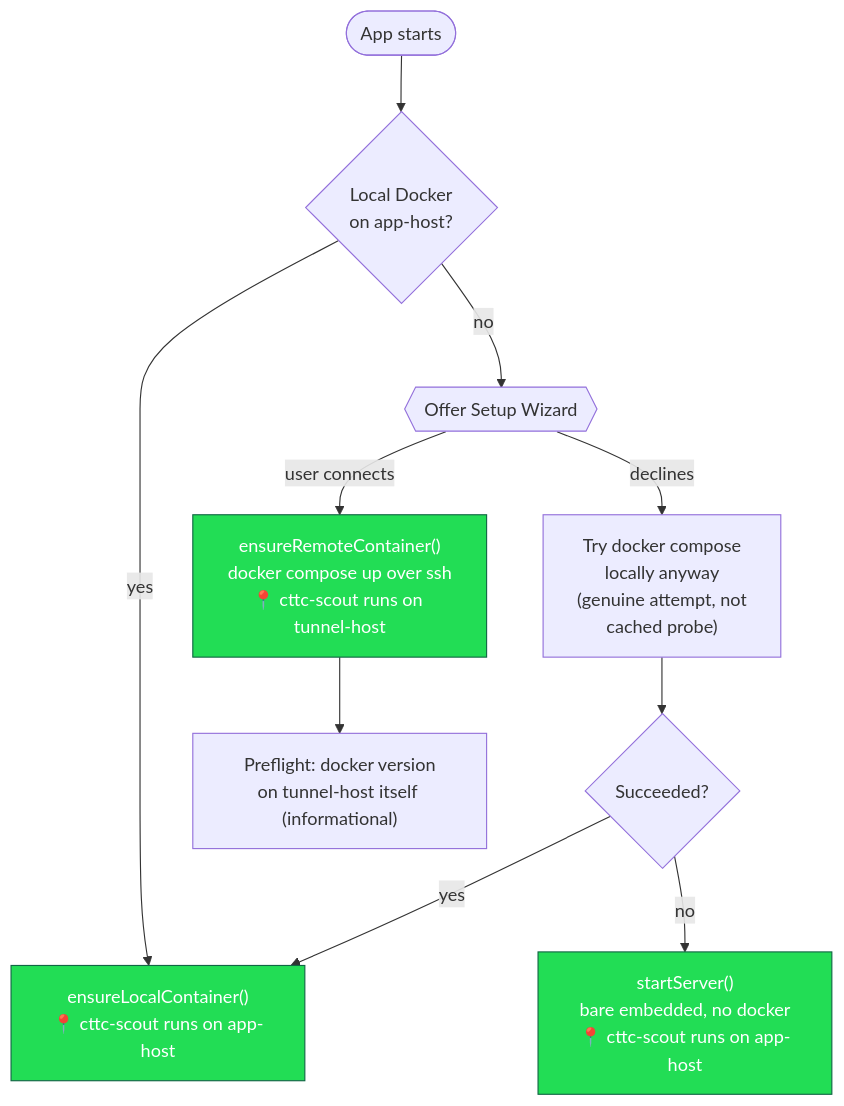
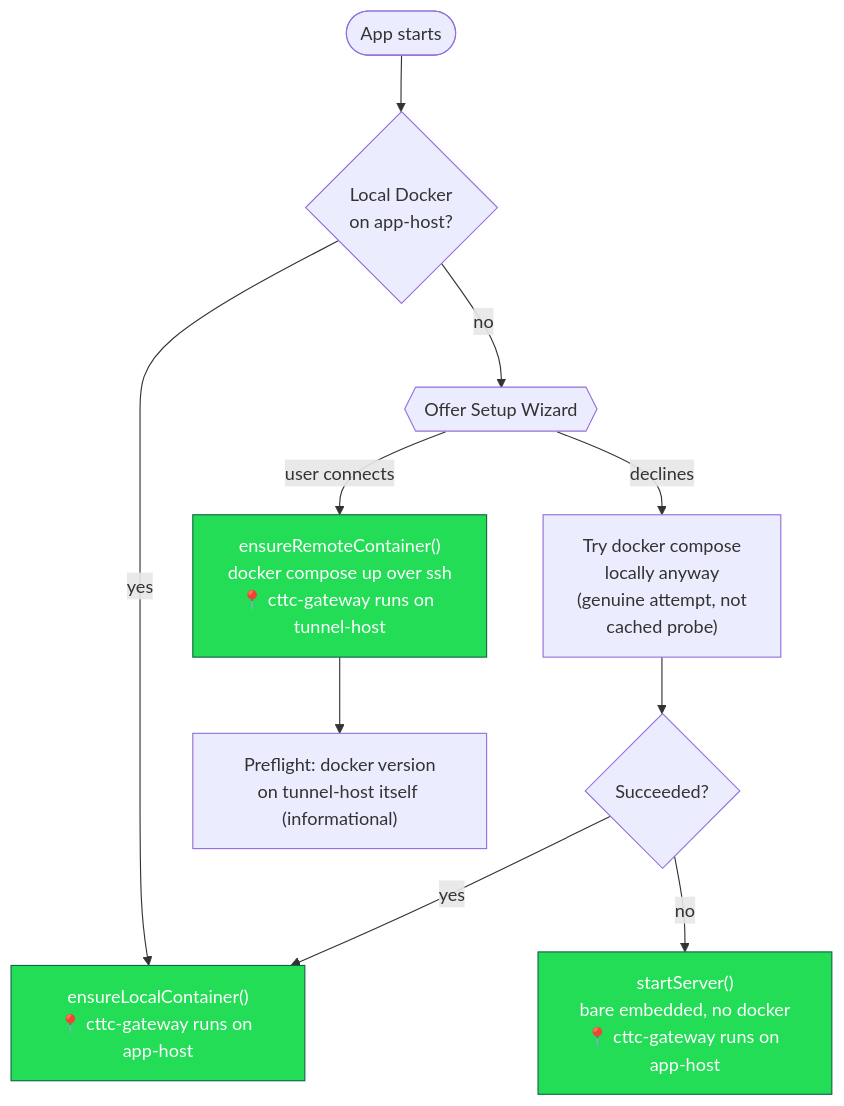
One commit to oliben67/cut-to-the-chase changed the second of 2 diagrams in docs/architecture/docker-target-resolution.md. Above: the diagram before and after it, drawn with Mermaid. The commit also changed other lines of this file and 7 other files, not shown here.

First line of the commit message:
chore: rename cttc-scout to cttc-gateway

````diff
--- a/docs/architecture/docker-target-resolution.md
+++ b/docs/architecture/docker-target-resolution.md
@@ -59,15 +59,15 @@
 ```mermaid
 flowchart TB
     A1([App starts]) --> A2{Local Docker<br/>on app-host?}
-    A2 -- yes --> A3["ensureLocalContainer()<br/>📍 cttc-scout runs on app-host"]
+    A2 -- yes --> A3["ensureLocalContainer()<br/>📍 cttc-gateway runs on app-host"]
     A2 -- no --> A4{{Offer Setup Wizard}}
-    A4 -- "user connects" --> T1["ensureRemoteContainer()<br/>docker compose up over ssh<br/>📍 cttc-scout runs on tunnel-host"]
+    A4 -- "user connects" --> T1["ensureRemoteContainer()<br/>docker compose up over ssh<br/>📍 cttc-gateway runs on tunnel-host"]
     T1 --> T2["Preflight: docker version<br/>on tunnel-host itself (informational)"]
     A4 -- declines --> A5["Try docker compose<br/>locally anyway<br/>(genuine attempt, not<br/>cached probe)"]
     A5 --> A7{Succeeded?}
     A7 -- yes --> A3
-    A7 -- no --> A8["startServer()<br/>bare embedded, no docker<br/>📍 cttc-scout runs on app-host"]
+    A7 -- no --> A8["startServer()<br/>bare embedded, no docker<br/>📍 cttc-gateway runs on app-host"]
 
     classDef server fill:#2d5,stroke:#164,color:#fff
     class A3,A8,T1 server
 ```
````
